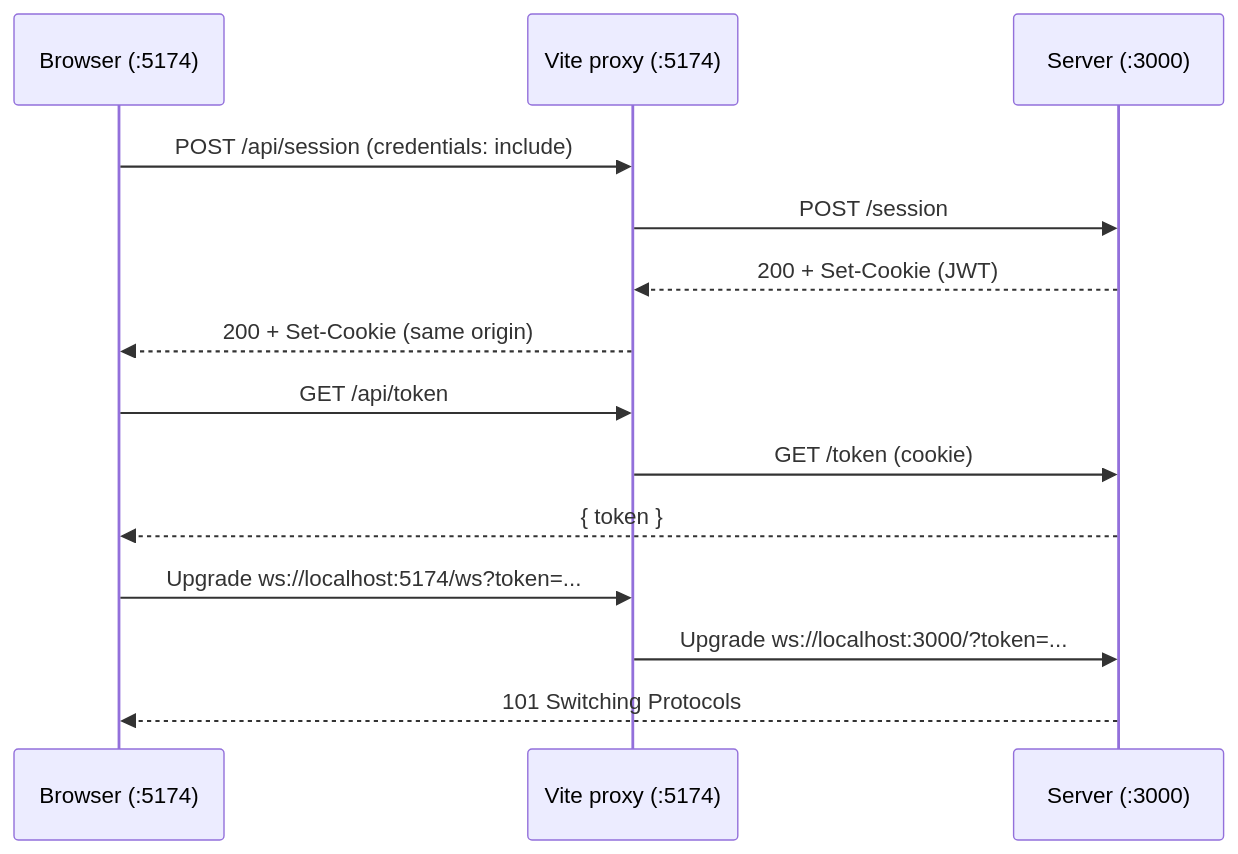
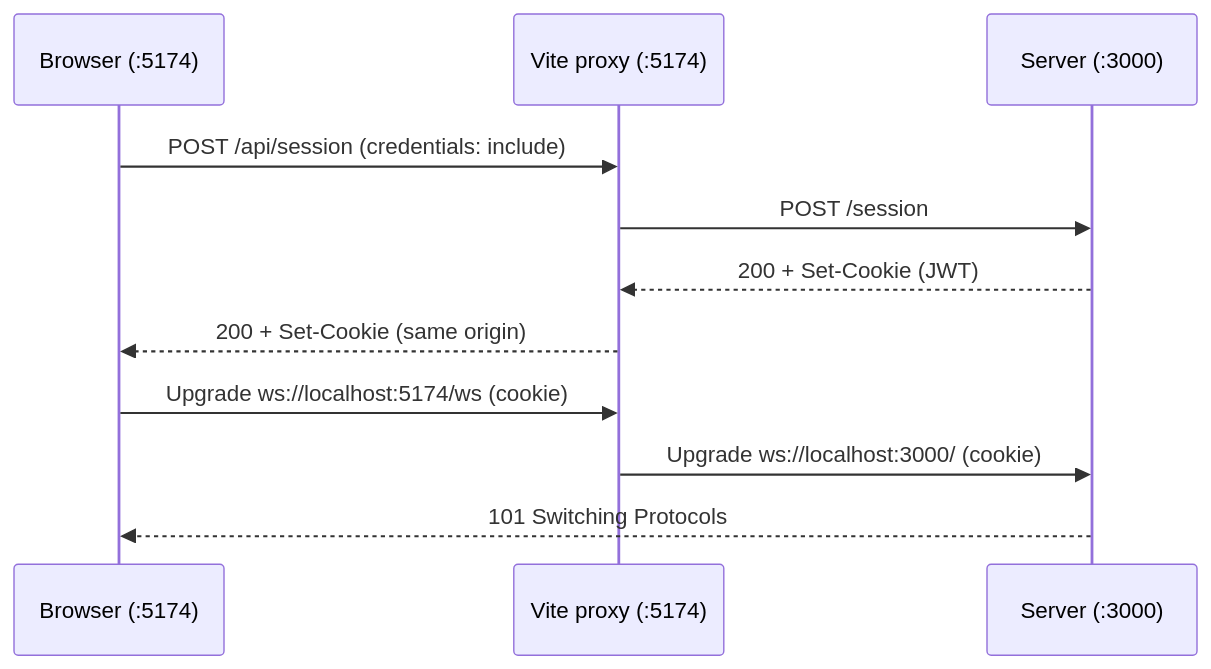
The second of 2 diagrams in docs/dev-networking.md (neves-nvs/santorini), drawn with Mermaid before and after one commit. The commit also changed other lines of this file and 6 other files, not shown here.

````diff
--- a/docs/dev-networking.md
+++ b/docs/dev-networking.md
@@ -33,19 +33,15 @@
 ```mermaid
 sequenceDiagram
     participant B as Browser (:5174)
     participant V as Vite proxy (:5174)
     participant S as Server (:3000)
 
     B->>V: POST /api/session (credentials: include)
     V->>S: POST /session
     S-->>V: 200 + Set-Cookie (JWT)
     V-->>B: 200 + Set-Cookie (same origin)
 
-    B->>V: GET /api/token
-    V->>S: GET /token (cookie)
-    S-->>B: { token }
-
-    B->>V: Upgrade ws://localhost:5174/ws?token=...
-    V->>S: Upgrade ws://localhost:3000/?token=...
+    B->>V: Upgrade ws://localhost:5174/ws (cookie)
+    V->>S: Upgrade ws://localhost:3000/ (cookie)
     S-->>B: 101 Switching Protocols
 ```
````
